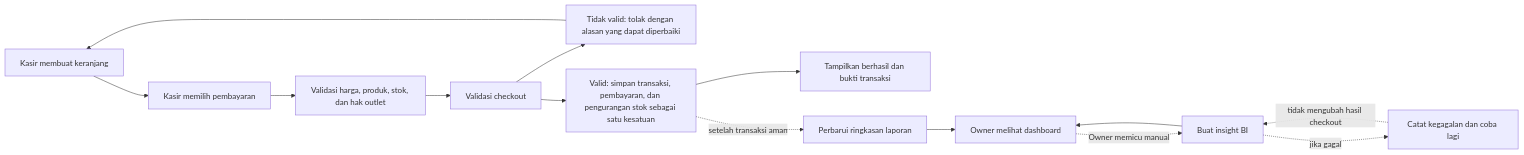
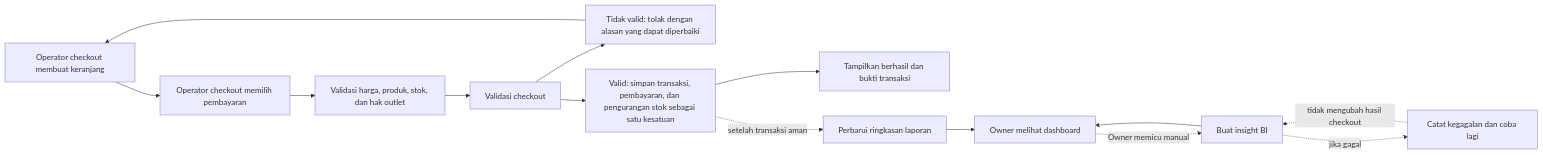
One commit to TeamOneee/pos-project-be changed the third of 5 diagrams in docs/deliverables/01-iterasi-1-business-flow.md. Above: the diagram before and after it, drawn with Mermaid. The commit also changed other lines of this file and 4 other files, not shown here.

````diff
--- a/docs/deliverables/01-iterasi-1-business-flow.md
+++ b/docs/deliverables/01-iterasi-1-business-flow.md
@@ -343,18 +343,18 @@
 ```mermaid
 flowchart LR
-    A["Kasir membuat keranjang"] --> B["Kasir memilih pembayaran"]
+    A["Operator checkout membuat keranjang"] --> B["Operator checkout memilih pembayaran"]
     B --> C["Validasi harga, produk, stok, dan hak outlet"]
     C --> D["Validasi checkout"]
     D --> E["Tidak valid: tolak dengan alasan yang dapat diperbaiki"]
     E --> A
     D --> F["Valid: simpan transaksi, pembayaran, dan pengurangan stok sebagai satu kesatuan"]
     F --> G["Tampilkan berhasil dan bukti transaksi"]
 
     F -. "setelah transaksi aman" .-> H["Perbarui ringkasan laporan"]
     H --> J["Owner melihat dashboard"]
     J -. "Owner memicu manual" .-> I["Buat insight BI"]
     I --> J
 
     I -. "jika gagal" .-> K["Catat kegagalan dan coba lagi"]
     K -. "tidak mengubah hasil checkout" .-> I
 ```
````
